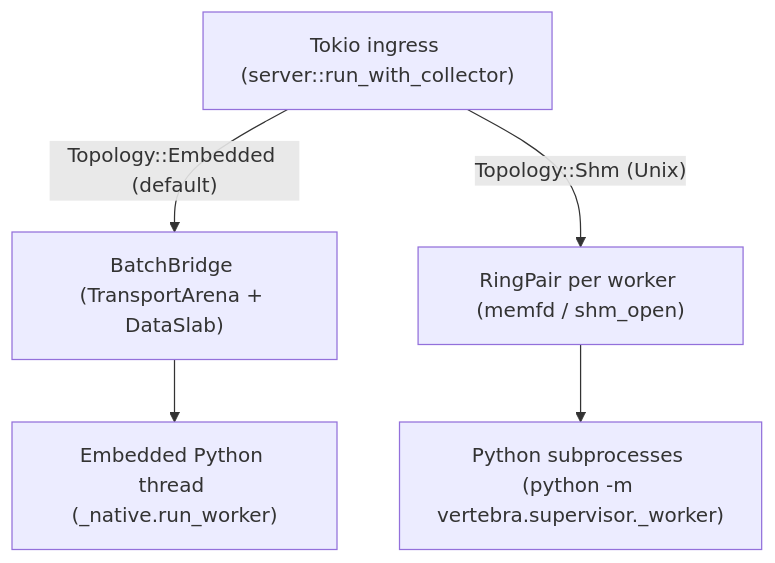
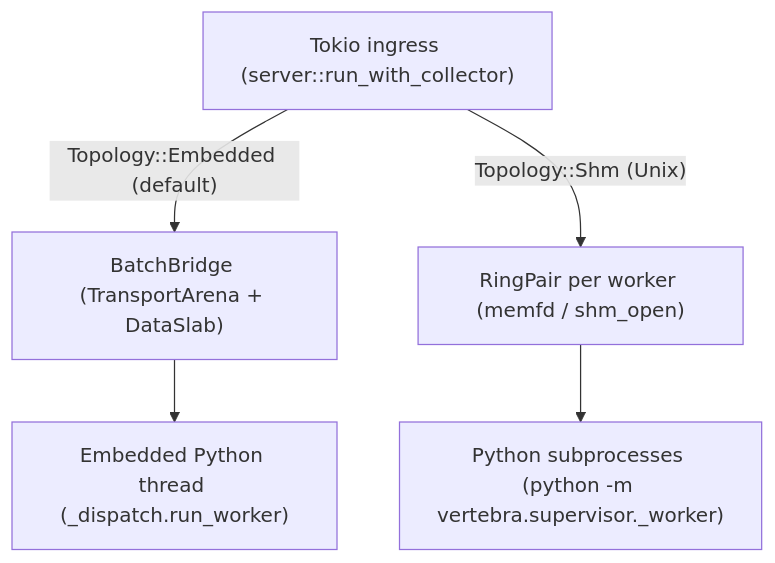
One commit to cofin/vertebra changed the diagram in .agents/bundles/knowledge/architecture/runtime/topologies-and-embedding.md. Above: the diagram before and after it, drawn with Mermaid. The commit also changed other lines of this file and 651 other files, not shown here.

````diff
--- a/.agents/bundles/knowledge/architecture/runtime/topologies-and-embedding.md
+++ b/.agents/bundles/knowledge/architecture/runtime/topologies-and-embedding.md
@@ -22,8 +22,8 @@
 ```mermaid
 flowchart TD
     Ingress["Tokio ingress (server::run_with_collector)"]
     Ingress -->|"Topology::Embedded (default)"| Bridge["BatchBridge (TransportArena + DataSlab)"]
     Ingress -->|"Topology::Shm (Unix)"| Shm["RingPair per worker (memfd / shm_open)"]
-    Bridge --> PyThread["Embedded Python thread (_native.run_worker)"]
+    Bridge --> PyThread["Embedded Python thread (_dispatch.run_worker)"]
     Shm --> PySub["Python subprocesses (python -m vertebra.supervisor._worker)"]
 ```
````
